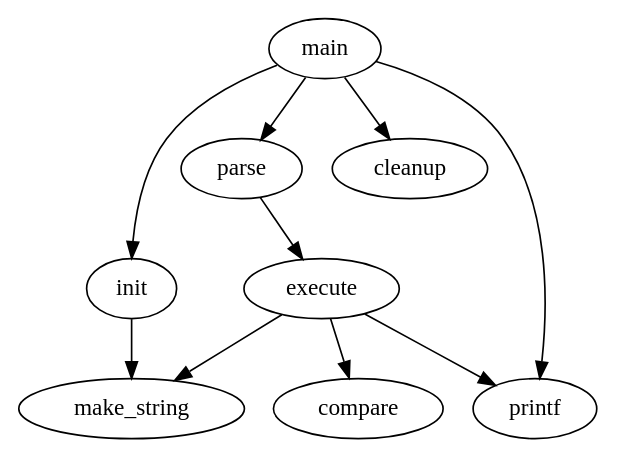
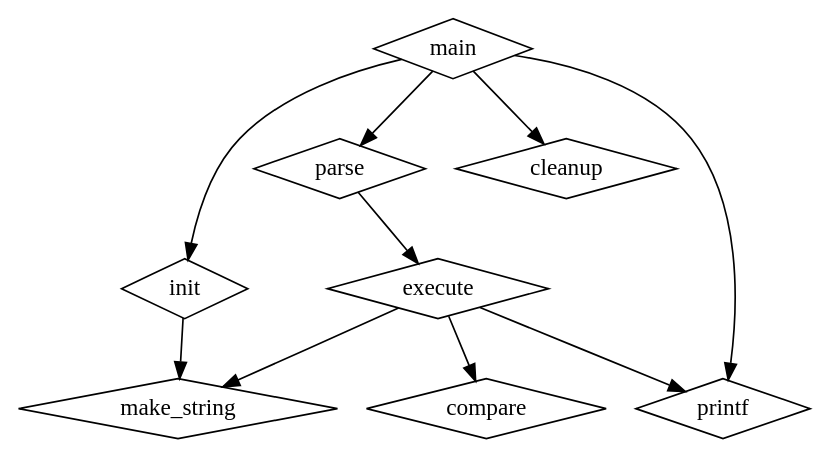
Before and after one commit to satishgoda/visualization: the diagram in tools/graphviz/examples/compilation.dot, drawn with Graphviz.

Commit message:
Update compilation.dot
Make all the node shapes as 'diamond'

```diff
--- a/tools/graphviz/examples/compilation.dot
+++ b/tools/graphviz/examples/compilation.dot
@@ -1,13 +1,15 @@
 /* This sample script generates a graph of 
    typical steps during software compilation */
 
 digraph G {
+  node [shape="diamond"];
+
   main -> parse -> execute
   main -> init
   main -> cleanup
   execute -> make_string
   execute -> printf
   init -> make_string
   main -> printf
   execute -> compare
 }
```
